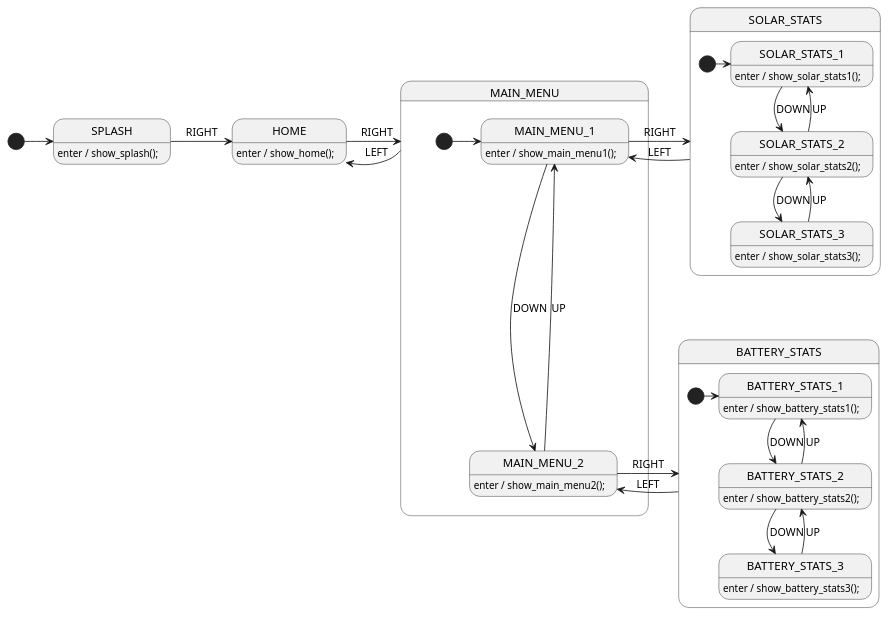
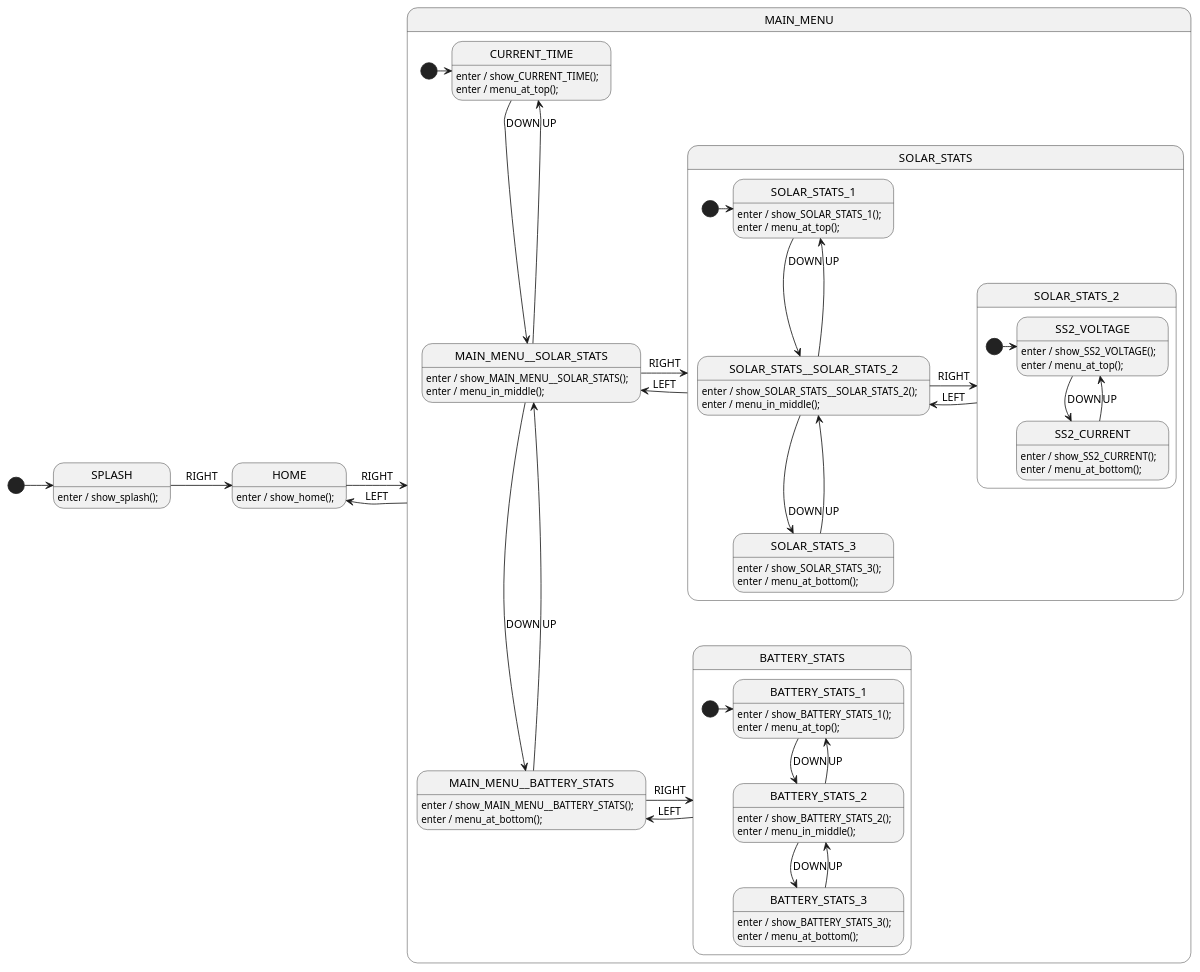
The diagram in embedded-solar-1/SolarUiSm.plantuml (StateSmith/StateSmith-examples), drawn with PlantUML before and after one commit. The commit also changed 4 other files, not shown here.

Commit message:
menu plantuml generation - idea showing promise

```diff
--- a/embedded-solar-1/SolarUiSm.plantuml
+++ b/embedded-solar-1/SolarUiSm.plantuml
@@ -1,85 +1,128 @@
 @startuml SolarUiSm
 
 ' //////////////////////// STATE ORGANIZATION ///////////////////////
 ' Note: StateSmith treats state names and events as case insensitive.
 ' More info: https://github.com/StateSmith/StateSmith/wiki/PlantUML
 
 state SPLASH
 state HOME
 
+
+
+' !!!!!!!!!!!!!!!!!!!!!!!!!!!!!!!!!!!!!!!! GEN START !!!!!!!!!!!!!!!!!!!!!!!!!!!!!!!!!!!!!!!!
+
+
+
 state MAIN_MENU {
-    [*] -> MAIN_MENU_1
-    state MAIN_MENU_1
-    state MAIN_MENU_2
+    [*] -> CURRENT_TIME
+    state CURRENT_TIME
+    state MAIN_MENU__SOLAR_STATS
+    state MAIN_MENU__BATTERY_STATS
+
+    state SOLAR_STATS {
+        [*] -> SOLAR_STATS_1
+        state SOLAR_STATS_1
+        state SOLAR_STATS__SOLAR_STATS_2
+        state SOLAR_STATS_3
+
+        state SOLAR_STATS_2 {
+            [*] -> SS2_VOLTAGE
+            state SS2_VOLTAGE
+            state SS2_CURRENT
+        }
+    }
+    state BATTERY_STATS {
+        [*] -> BATTERY_STATS_1
+        state BATTERY_STATS_1
+        state BATTERY_STATS_2
+        state BATTERY_STATS_3
+    }
 }
 
-state SOLAR_STATS {
-    [*] -> SOLAR_STATS_1
-    state SOLAR_STATS_1
-    state SOLAR_STATS_2
-    state SOLAR_STATS_3
-}
+' MAIN_MENU
+CURRENT_TIME --> MAIN_MENU__SOLAR_STATS : DOWN
+MAIN_MENU__SOLAR_STATS --> MAIN_MENU__BATTERY_STATS : DOWN
+MAIN_MENU__BATTERY_STATS --> MAIN_MENU__SOLAR_STATS : UP
+MAIN_MENU__SOLAR_STATS --> CURRENT_TIME : UP
 
-state BATTERY_STATS {
-    [*] -> BATTERY_STATS_1
-    state BATTERY_STATS_1
-    state BATTERY_STATS_2
-    state BATTERY_STATS_3
-}
+' SOLAR_STATS
+MAIN_MENU__SOLAR_STATS -> SOLAR_STATS : RIGHT
+SOLAR_STATS -> MAIN_MENU__SOLAR_STATS : LEFT
+SOLAR_STATS_1 --> SOLAR_STATS__SOLAR_STATS_2 : DOWN
+SOLAR_STATS__SOLAR_STATS_2 --> SOLAR_STATS_3 : DOWN
+SOLAR_STATS_3 --> SOLAR_STATS__SOLAR_STATS_2 : UP
+SOLAR_STATS__SOLAR_STATS_2 --> SOLAR_STATS_1 : UP
+
+' SOLAR_STATS_2
+SOLAR_STATS__SOLAR_STATS_2 -> SOLAR_STATS_2 : RIGHT
+SOLAR_STATS_2 -> SOLAR_STATS__SOLAR_STATS_2 : LEFT
+SS2_VOLTAGE --> SS2_CURRENT : DOWN
+SS2_CURRENT --> SS2_VOLTAGE : UP
+
+' BATTERY_STATS
+MAIN_MENU__BATTERY_STATS -> BATTERY_STATS : RIGHT
+BATTERY_STATS -> MAIN_MENU__BATTERY_STATS : LEFT
+BATTERY_STATS_1 --> BATTERY_STATS_2 : DOWN
+BATTERY_STATS_2 --> BATTERY_STATS_3 : DOWN
+BATTERY_STATS_3 --> BATTERY_STATS_2 : UP
+BATTERY_STATS_2 --> BATTERY_STATS_1 : UP
+
+
+'EVENT HANDLERS
+CURRENT_TIME: enter / show_CURRENT_TIME();
+MAIN_MENU__SOLAR_STATS: enter / show_MAIN_MENU__SOLAR_STATS();
+SOLAR_STATS_1: enter / show_SOLAR_STATS_1();
+SOLAR_STATS__SOLAR_STATS_2: enter / show_SOLAR_STATS__SOLAR_STATS_2();
+SS2_VOLTAGE: enter / show_SS2_VOLTAGE();
+SS2_CURRENT: enter / show_SS2_CURRENT();
+SOLAR_STATS_3: enter / show_SOLAR_STATS_3();
+MAIN_MENU__BATTERY_STATS: enter / show_MAIN_MENU__BATTERY_STATS();
+BATTERY_STATS_1: enter / show_BATTERY_STATS_1();
+BATTERY_STATS_2: enter / show_BATTERY_STATS_2();
+BATTERY_STATS_3: enter / show_BATTERY_STATS_3();
+
+
+'MENU POSITION HANDLERS
+CURRENT_TIME: enter / menu_at_top();
+MAIN_MENU__SOLAR_STATS: enter / menu_in_middle();
+MAIN_MENU__BATTERY_STATS: enter / menu_at_bottom();
+SOLAR_STATS_1: enter / menu_at_top();
+SOLAR_STATS__SOLAR_STATS_2: enter / menu_in_middle();
+SOLAR_STATS_3: enter / menu_at_bottom();
+SS2_VOLTAGE: enter / menu_at_top();
+SS2_CURRENT: enter / menu_at_bottom();
+BATTERY_STATS_1: enter / menu_at_top();
+BATTERY_STATS_2: enter / menu_in_middle();
+BATTERY_STATS_3: enter / menu_at_bottom();
+
+
+
+' ^^^^^^^^^^^^^^^^^^^^^^^^^^^^^^^^^^^^^^^^ GEN END ^^^^^^^^^^^^^^^^^^^^^^^^^^^^^^^^^^^^^^^^
 
 [*] -> SPLASH
-
-' ///////////////////////// STATE HANDLERS /////////////////////////
-' Syntax: https://github.com/StateSmith/StateSmith/wiki/Behaviors
 
 SPLASH -right-> HOME: RIGHT
 
 HOME -right-> MAIN_MENU: RIGHT
 MAIN_MENU -left-> HOME: LEFT
 
-MAIN_MENU_1 -down-> MAIN_MENU_2: DOWN
-MAIN_MENU_2 -up-> MAIN_MENU_1: UP
-
-MAIN_MENU_1 -right-> SOLAR_STATS: RIGHT
-SOLAR_STATS -left-> MAIN_MENU_1: LEFT
-
-MAIN_MENU_2 -right-> BATTERY_STATS: RIGHT
-BATTERY_STATS -left-> MAIN_MENU_2: LEFT
-
-SOLAR_STATS_1 -down-> SOLAR_STATS_2: DOWN
-SOLAR_STATS_2 -down-> SOLAR_STATS_3: DOWN
-SOLAR_STATS_3 -up-> SOLAR_STATS_2: UP
-SOLAR_STATS_2 -up-> SOLAR_STATS_1: UP
-
-BATTERY_STATS_1 -down-> BATTERY_STATS_2: DOWN
-BATTERY_STATS_2 -down-> BATTERY_STATS_3: DOWN
-BATTERY_STATS_3 -up-> BATTERY_STATS_2: UP
-BATTERY_STATS_2 -up-> BATTERY_STATS_1: UP
 
 SPLASH: enter / show_splash();
 HOME: enter / show_home();
-MAIN_MENU_1: enter / show_main_menu1();
-MAIN_MENU_2: enter / show_main_menu2();
-SOLAR_STATS_1: enter / show_solar_stats1();
-SOLAR_STATS_2: enter / show_solar_stats2();
-SOLAR_STATS_3: enter / show_solar_stats3();
-BATTERY_STATS_1: enter / show_battery_stats1();
-BATTERY_STATS_2: enter / show_battery_stats2();
-BATTERY_STATS_3: enter / show_battery_stats3();
 
 
 ' //////////////////////// StateSmith config ////////////////////////
 ' The below special comment block sets the StateSmith configuration.
 ' More info: https://github.com/StateSmith/StateSmith/issues/335
 
 /'! $CONFIG : toml
 [SmRunnerSettings]
 transpilerId = "C99"
 
 [RenderConfig.C]
 CFileExtension = ".cpp"
 CFileIncludes = """
     #include "display.h"
     """
 '/
 @enduml
```
